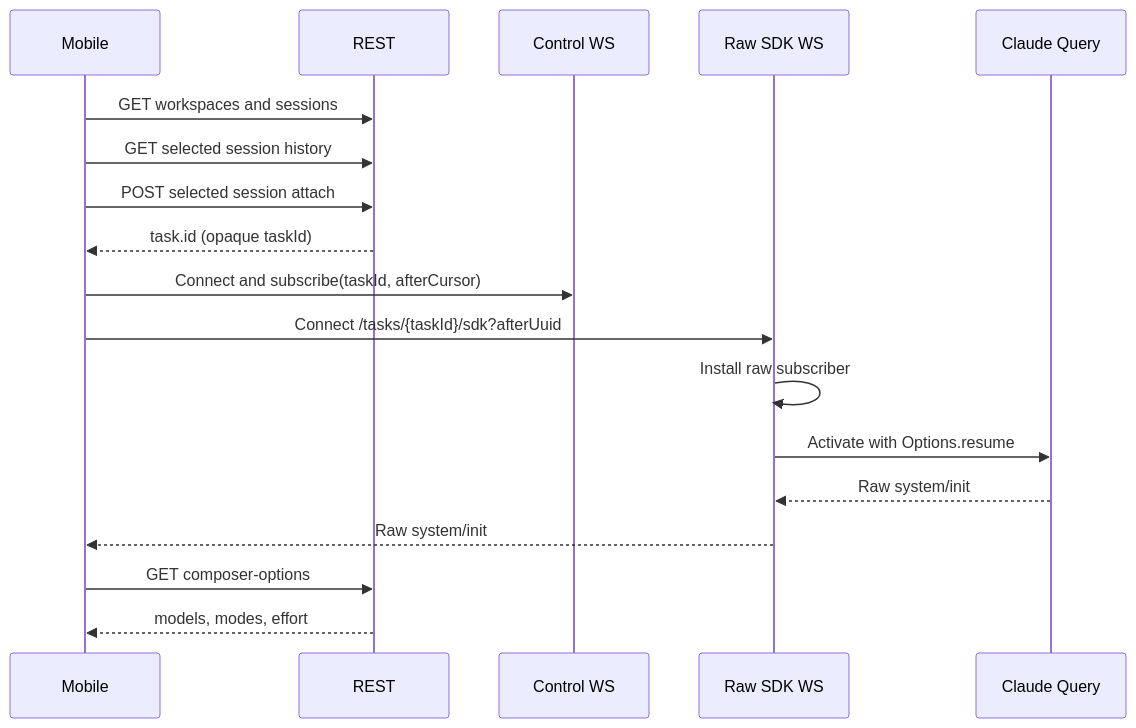
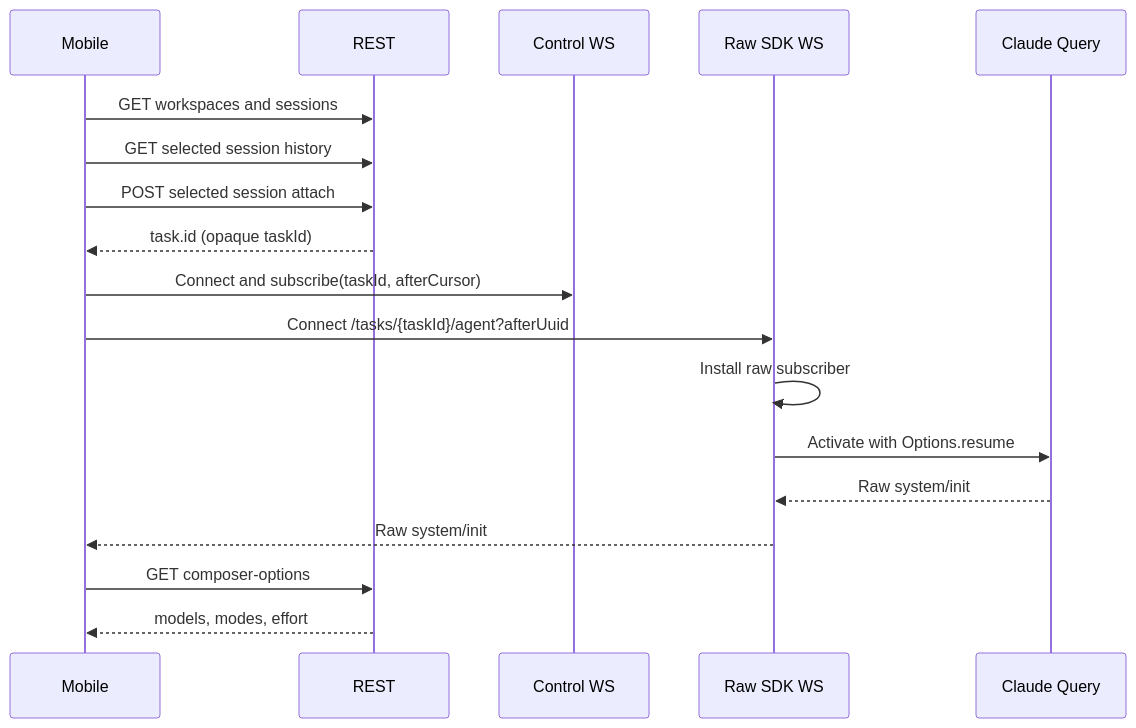
Before and after one commit to loomou/PocketPilot: the third of 10 diagrams in docs/mobile-integration-guide.en.md, drawn with Mermaid. The commit also changed other lines of this file and 17 other files, not shown here.

````diff
--- a/docs/mobile-integration-guide.en.md
+++ b/docs/mobile-integration-guide.en.md
@@ -951,20 +965,20 @@
 ```mermaid
 sequenceDiagram
     participant M as Mobile
     participant R as REST
     participant C as Control WS
     participant S as Raw SDK WS
     participant Q as Claude Query
     M->>R: GET workspaces and sessions
     M->>R: GET selected session history
     M->>R: POST selected session attach
     R-->>M: task.id (opaque taskId)
     M->>C: Connect and subscribe(taskId, afterCursor)
-    M->>S: Connect /tasks/{taskId}/sdk?afterUuid
+    M->>S: Connect /tasks/{taskId}/agent?afterUuid
     S->>S: Install raw subscriber
     S->>Q: Activate with Options.resume
     Q-->>S: Raw system/init
     S-->>M: Raw system/init
     M->>R: GET composer-options
     R-->>M: models, modes, effort
 ```
````
